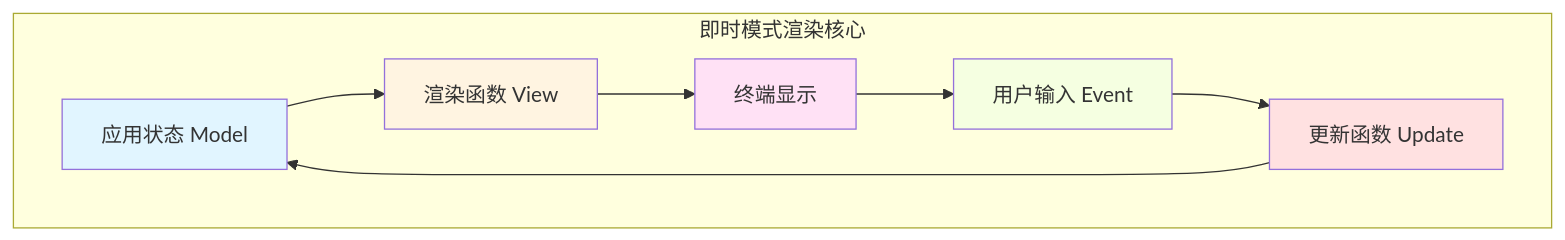
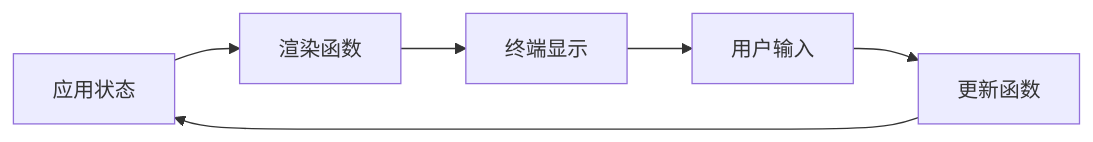
Before and after one commit to MiyakoMeow/neco: the first of 2 diagrams in progress/external-ratatui.md, drawn with Mermaid. The commit also changed other lines of this file and 9 other files, not shown here.

````diff
--- a/progress/external-ratatui.md
+++ b/progress/external-ratatui.md
@@ -58,16 +58,8 @@
 ```mermaid
-graph TB
-    subgraph "即时模式渲染核心"
-        A[应用状态 Model] --> B[渲染函数 View]
-        B --> C[终端显示]
-        C --> D[用户输入 Event]
-        D --> E[更新函数 Update]
-        E --> A
-    end
-    
-    style A fill:#e1f5ff
-    style B fill:#fff4e1
-    style C fill:#ffe1f5
-    style D fill:#f5ffe1
-    style E fill:#ffe1e1
+graph LR
+    A[应用状态] --> B[渲染函数]
+    B --> C[终端显示]
+    C --> D[用户输入]
+    D --> E[更新函数]
+    E --> A
 ```
````
